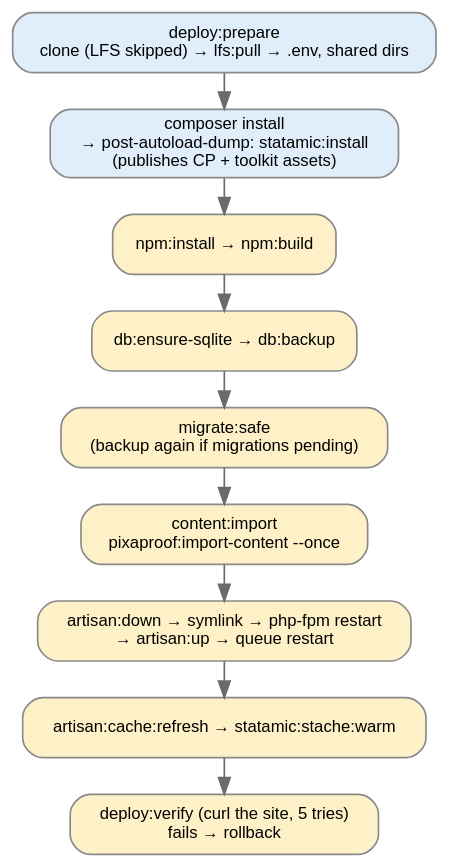
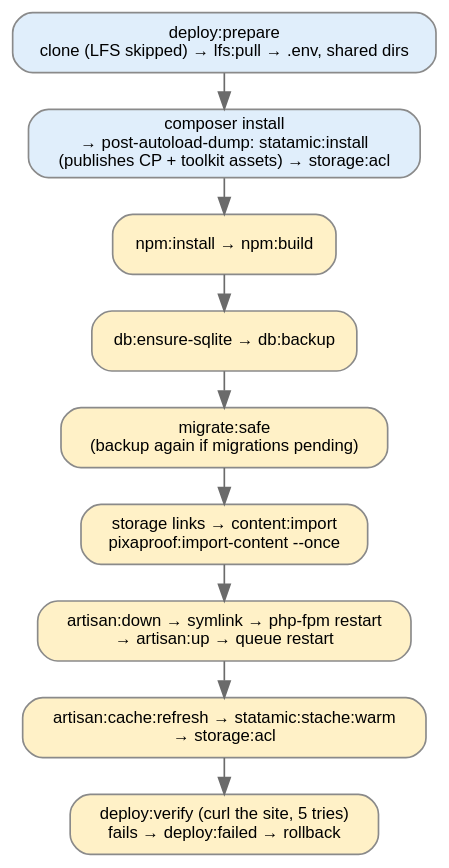
One commit to Innov8tifMarketing/pixaproof-laravel changed the diagram in DEV_FILES/wiki/diagrams/deploy.dot. Above: the diagram before and after it, drawn with Graphviz. The commit also changed 5 other files, not shown here.

First line of the commit message:
Run the content import after the media symlink

```diff
--- a/DEV_FILES/wiki/diagrams/deploy.dot
+++ b/DEV_FILES/wiki/diagrams/deploy.dot
@@ -1,19 +1,19 @@
 // dep deploy prod, in order. Fill colour = provenance (Deployer recipe = addon).
 digraph deploy {
   rankdir=TB;
   graph [fontname="Helvetica", fontsize=11, nodesep=0.25, ranksep=0.3, bgcolor="transparent"];
   node  [fontname="Helvetica", fontsize=10, shape=box, style="rounded,filled", fillcolor="#ffffff", color="#8a8a8a"];
   edge  [fontname="Helvetica", fontsize=8, color="#6b6b6b"];
 
   prep   [label="deploy:prepare\nclone (LFS skipped) → lfs:pull → .env, shared dirs", fillcolor="#e0eefb"];
-  vendors [label="composer install\n→ post-autoload-dump: statamic:install\n(publishes CP + toolkit assets)", fillcolor="#e0eefb"];
+  vendors [label="composer install\n→ post-autoload-dump: statamic:install\n(publishes CP + toolkit assets) → storage:acl", fillcolor="#e0eefb"];
   npm    [label="npm:install → npm:build", fillcolor="#fff1c7", URL="../../deploy.php"];
   backup [label="db:ensure-sqlite → db:backup", fillcolor="#fff1c7", URL="../../deploy.php"];
   migrate [label="migrate:safe\n(backup again if migrations pending)", fillcolor="#fff1c7", URL="../../deploy.php"];
-  import [label="content:import\npixaproof:import-content --once", fillcolor="#fff1c7", URL="../../app/Console/Commands/ImportStatamicContent.php"];
+  import [label="storage links → content:import\npixaproof:import-content --once", fillcolor="#fff1c7", URL="../../app/Console/Commands/ImportStatamicContent.php"];
   publish [label="artisan:down → symlink → php-fpm restart\n→ artisan:up → queue restart", fillcolor="#fff1c7"];
-  caches [label="artisan:cache:refresh → statamic:stache:warm", fillcolor="#fff1c7"];
-  verify [label="deploy:verify (curl the site, 5 tries)\nfails → rollback", fillcolor="#fff1c7"];
+  caches [label="artisan:cache:refresh → statamic:stache:warm\n→ storage:acl", fillcolor="#fff1c7"];
+  verify [label="deploy:verify (curl the site, 5 tries)\nfails → deploy:failed → rollback", fillcolor="#fff1c7"];
 
   prep -> vendors -> npm -> backup -> migrate -> import -> publish -> caches -> verify;
 }
```
